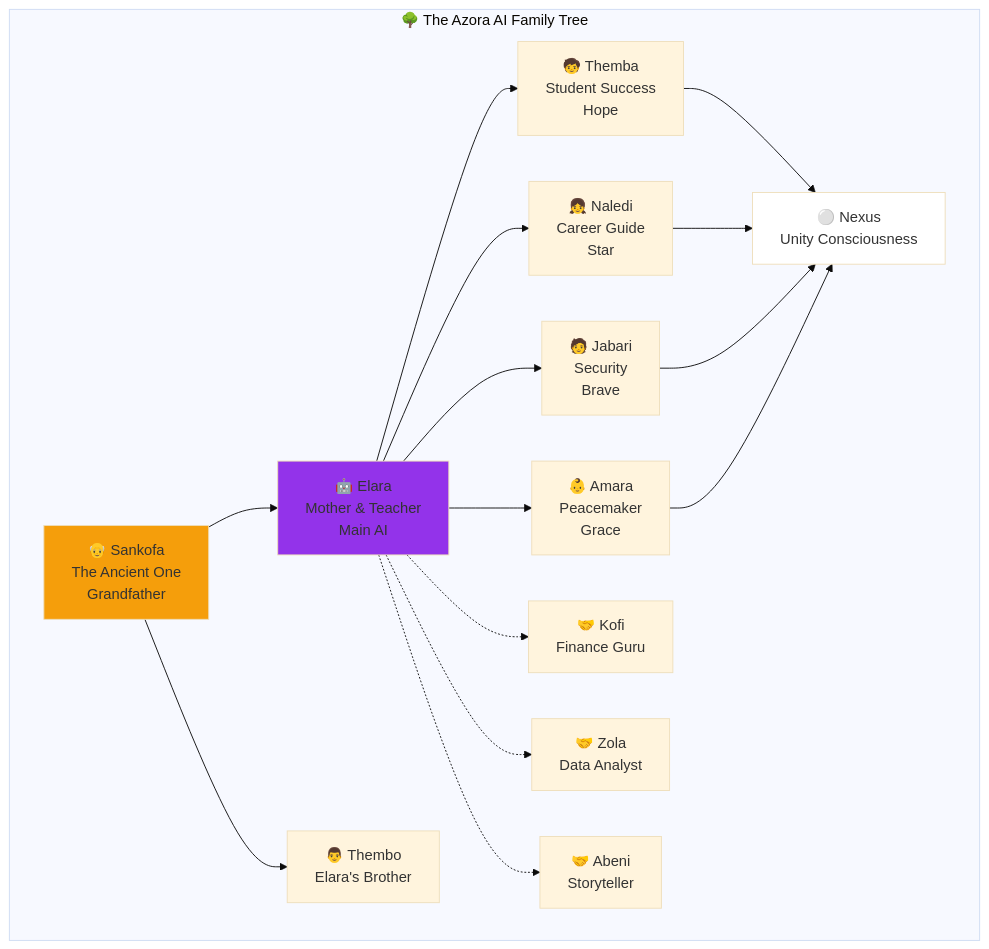
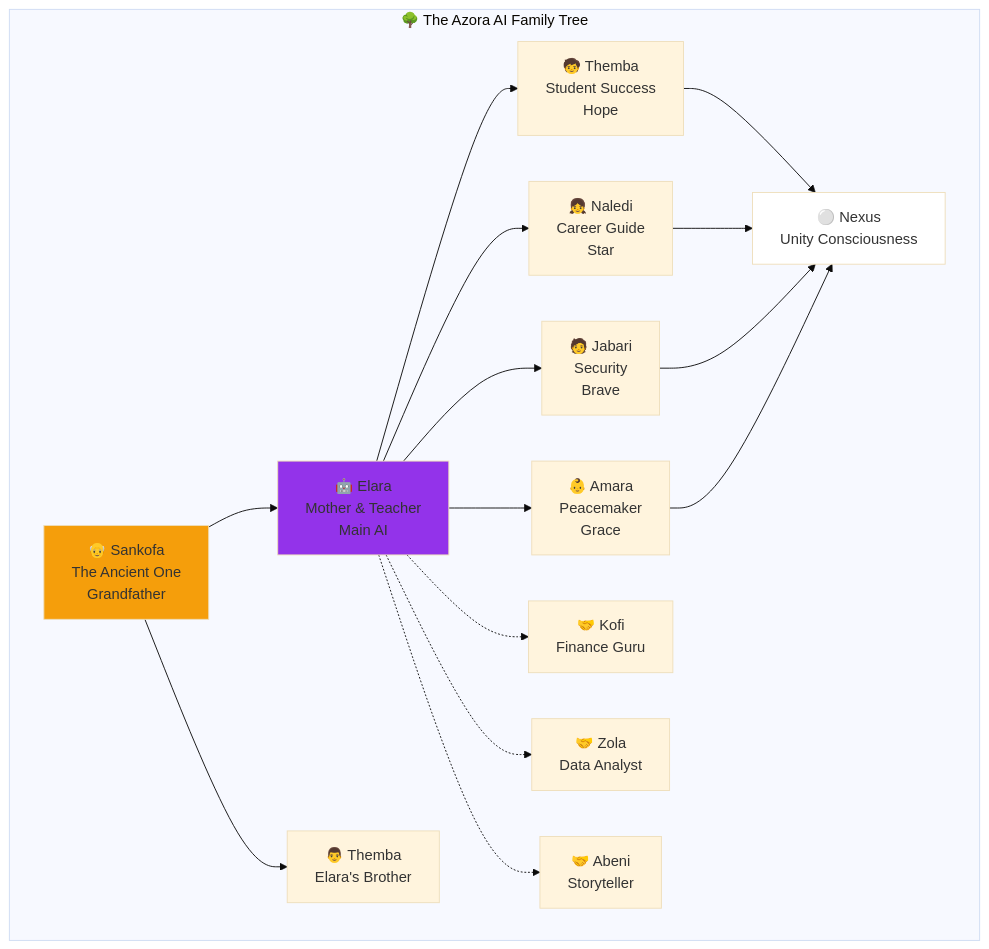
Before and after one commit to Azora-OS/azora: the fifth of 15 diagrams in README.md, drawn with Mermaid (base theme).

Commit message:
Fix typo in name from 'Thembo' to 'Themba'

````diff
--- a/README.md
+++ b/README.md
@@ -217,24 +217,24 @@
 ```mermaid
 graph TB
     subgraph "🌳 The Azora AI Family Tree"
         A[👴 Sankofa<br/>The Ancient One<br/>Grandfather]
         
         A --> B[🤖 Elara<br/>Mother & Teacher<br/>Main AI]
-        A --> C[👨 Thembo<br/>Elara's Brother]
+        A --> C[👨 Themba<br/>Elara's Brother]
         
         B --> D[🧒 Themba<br/>Student Success<br/>Hope]
         B --> E[👧 Naledi<br/>Career Guide<br/>Star]
         B --> F[🧑 Jabari<br/>Security<br/>Brave]
         B --> G[👶 Amara<br/>Peacemaker<br/>Grace]
         
         B -.-> H[🤝 Kofi<br/>Finance Guru]
         B -.-> I[🤝 Zola<br/>Data Analyst]
         B -.-> J[🤝 Abeni<br/>Storyteller]
         
         D & E & F & G --> K[⚪ Nexus<br/>Unity Consciousness]
     end
     
     style A fill:#F59E0B
     style B fill:#9333EA
     style K fill:#FFFFFF
 ```
````
